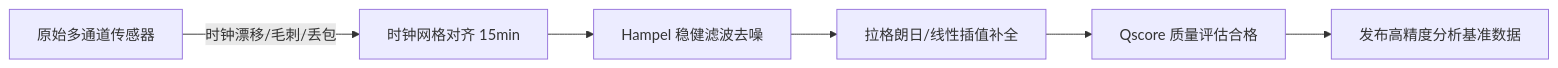
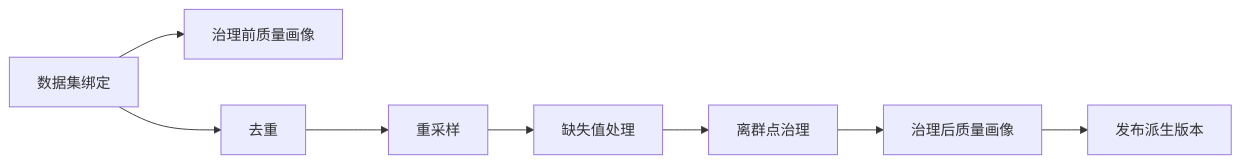
The diagram in docs/04-scenarios/timeseries-governance.md (Schwarz-Hal/smart-water-platform-docs), drawn with Mermaid before and after one commit. The commit also changed other lines of this file and 71 other files, not shown here.

````diff
--- a/docs/04-scenarios/timeseries-governance.md
+++ b/docs/04-scenarios/timeseries-governance.md
@@ -25,8 +29,10 @@
 ```mermaid
 flowchart LR
-    A[原始多通道传感器] -->|时钟漂移/毛刺/丢包| B[时钟网格对齐 15min]
-    B --> C[Hampel 稳健滤波去噪]
-    C --> D[拉格朗日/线性插值补全]
-    D --> E[Qscore 质量评估合格]
-    E --> F[发布高精度分析基准数据]
+  A[数据集绑定] --> Q1[治理前质量画像]
+  A --> D[去重]
+  D --> R[重采样]
+  R --> M[缺失值处理]
+  M --> O[离群点治理]
+  O --> Q2[治理后质量画像]
+  Q2 --> P[发布派生版本]
 ```
````
